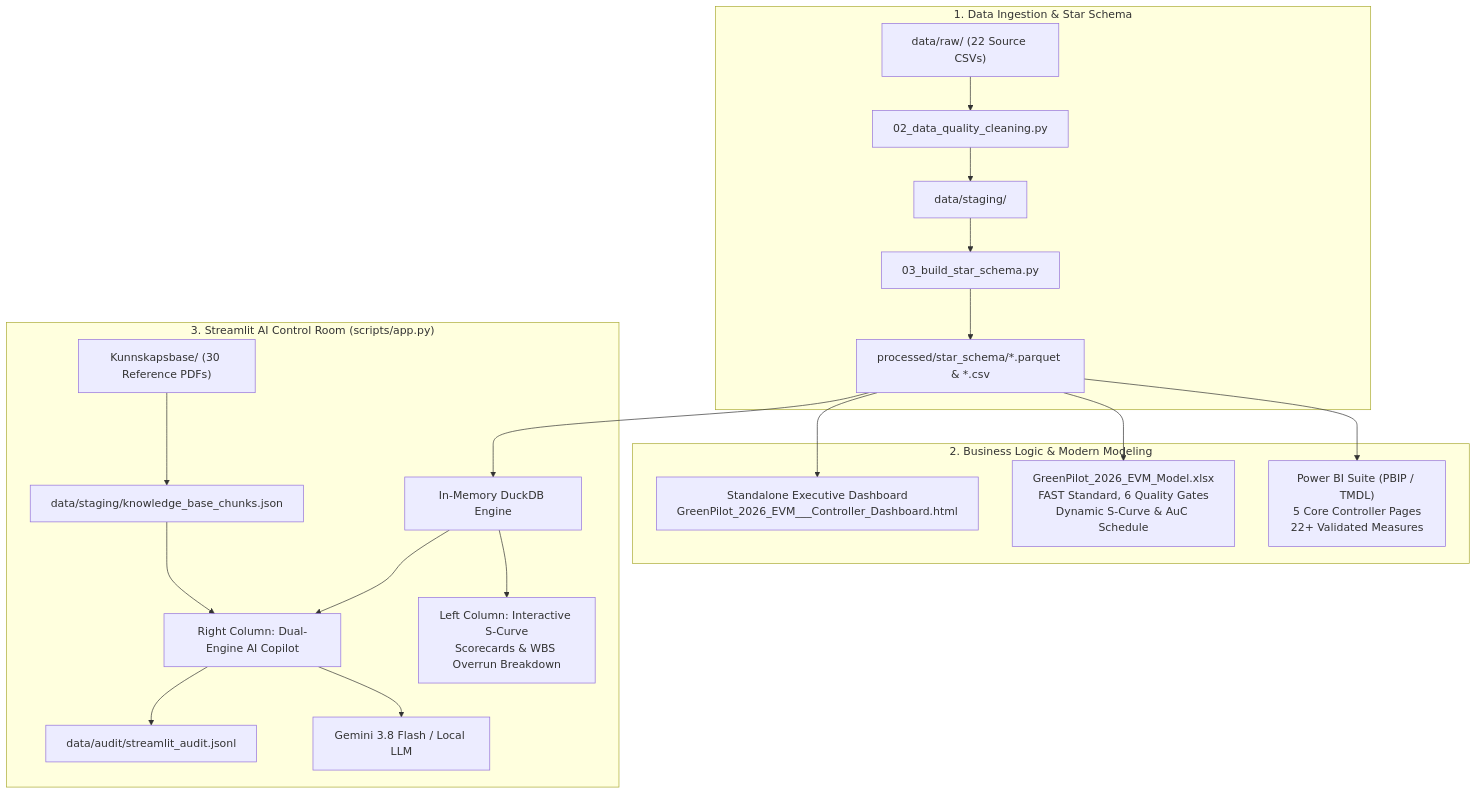
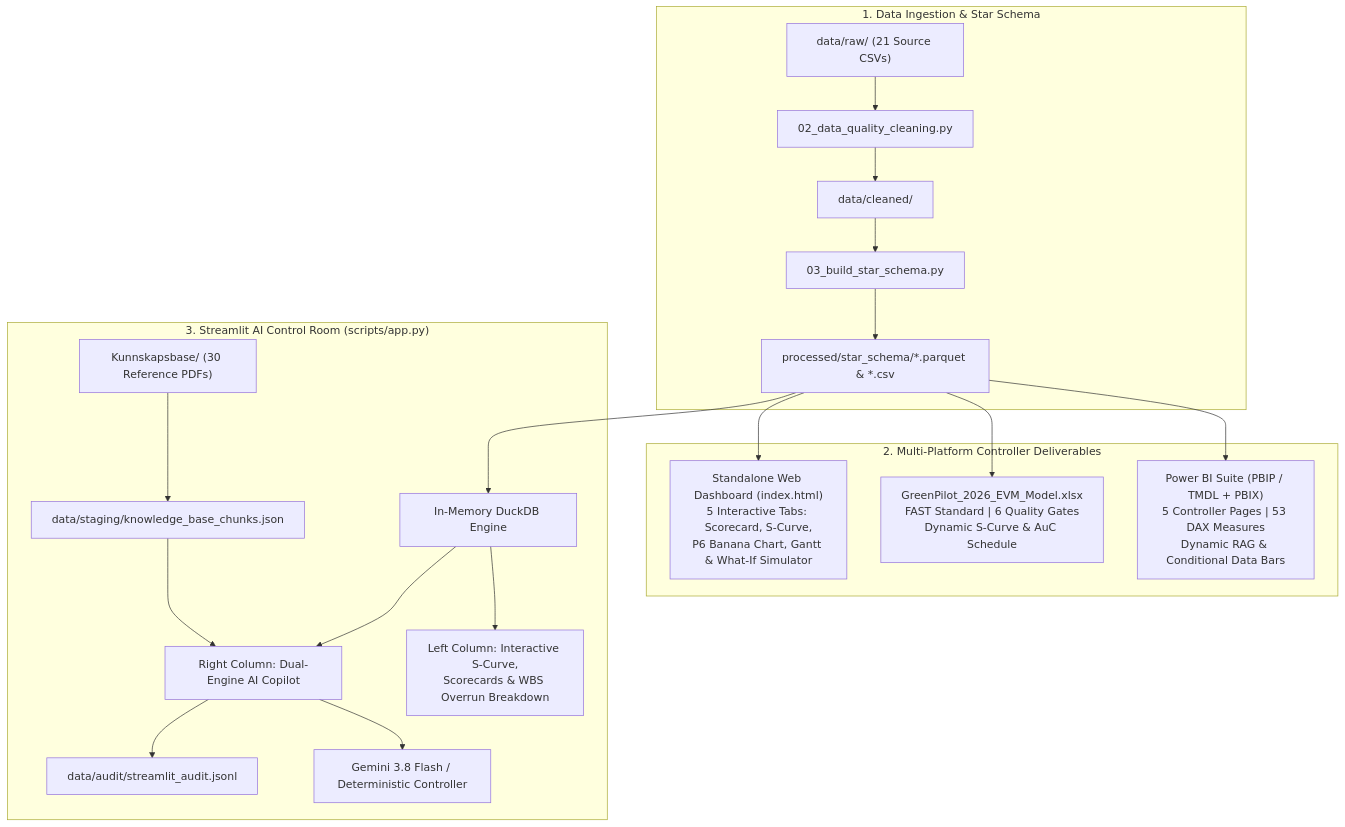
The diagram in README.md (Frank-Ellingsen/greenpilot), drawn with Mermaid before and after one commit. The commit also changed other lines of this file, not shown here.

Commit message:
docs: update README with reconciled cross-platform EVM, IAS 38, PO, and PBI TMDL details

````diff
--- a/README.md
+++ b/README.md
@@ -36,26 +45,26 @@
 ```mermaid
 flowchart TD
     subgraph Data_Layer ["1. Data Ingestion & Star Schema"]
-        Raw["data/raw/ (22 Source CSVs)"] --> Cleaner["02_data_quality_cleaning.py"]
-        Cleaner --> Staging["data/staging/"]
-        Staging --> StarBuilder["03_build_star_schema.py"]
+        Raw["data/raw/ (21 Source CSVs)"] --> Cleaner["02_data_quality_cleaning.py"]
+        Cleaner --> Cleaned["data/cleaned/"]
+        Cleaned --> StarBuilder["03_build_star_schema.py"]
         StarBuilder --> Parquet["processed/star_schema/*.parquet & *.csv"]
     end
 
-    subgraph Analytics_Tier ["2. Business Logic & Modern Modeling"]
-        Parquet --> PBI["Power BI Suite (PBIP / TMDL)\n5 Core Controller Pages\n22+ Validated Measures"]
-        Parquet --> Excel["GreenPilot_2026_EVM_Model.xlsx\nFAST Standard, 6 Quality Gates\nDynamic S-Curve & AuC Schedule"]
-        Parquet --> HTML["Standalone Executive Dashboard\nGreenPilot_2026_EVM___Controller_Dashboard.html"]
+    subgraph Analytics_Tier ["2. Multi-Platform Controller Deliverables"]
+        Parquet --> PBI["Power BI Suite (PBIP / TMDL + PBIX)\n5 Controller Pages | 53 DAX Measures\nDynamic RAG & Conditional Data Bars"]
+        Parquet --> Excel["GreenPilot_2026_EVM_Model.xlsx\nFAST Standard | 6 Quality Gates\nDynamic S-Curve & AuC Schedule"]
+        Parquet --> HTML["Standalone Web Dashboard (index.html)\n5 Interactive Tabs: Scorecard, S-Curve,\nP6 Banana Chart, Gantt & What-If Simulator"]
     end
 
     subgraph AI_Engine ["3. Streamlit AI Control Room (scripts/app.py)"]
         Parquet --> DuckDB["In-Memory DuckDB Engine"]
         KB["Kunnskapsbase/ (30 Reference PDFs)"] --> Chunks["data/staging/knowledge_base_chunks.json"]
         
-        DuckDB --> AppDash["Left Column: Interactive S-Curve\nScorecards & WBS Overrun Breakdown"]
+        DuckDB --> AppDash["Left Column: Interactive S-Curve,\nScorecards & WBS Overrun Breakdown"]
         DuckDB --> Copilot["Right Column: Dual-Engine AI Copilot"]
         Chunks --> Copilot
-        Copilot --> Gemini["Gemini 3.8 Flash / Local LLM"]
+        Copilot --> Gemini["Gemini 3.8 Flash / Deterministic Controller"]
         Copilot --> Audit["data/audit/streamlit_audit.jsonl"]
     end
 ```
````
